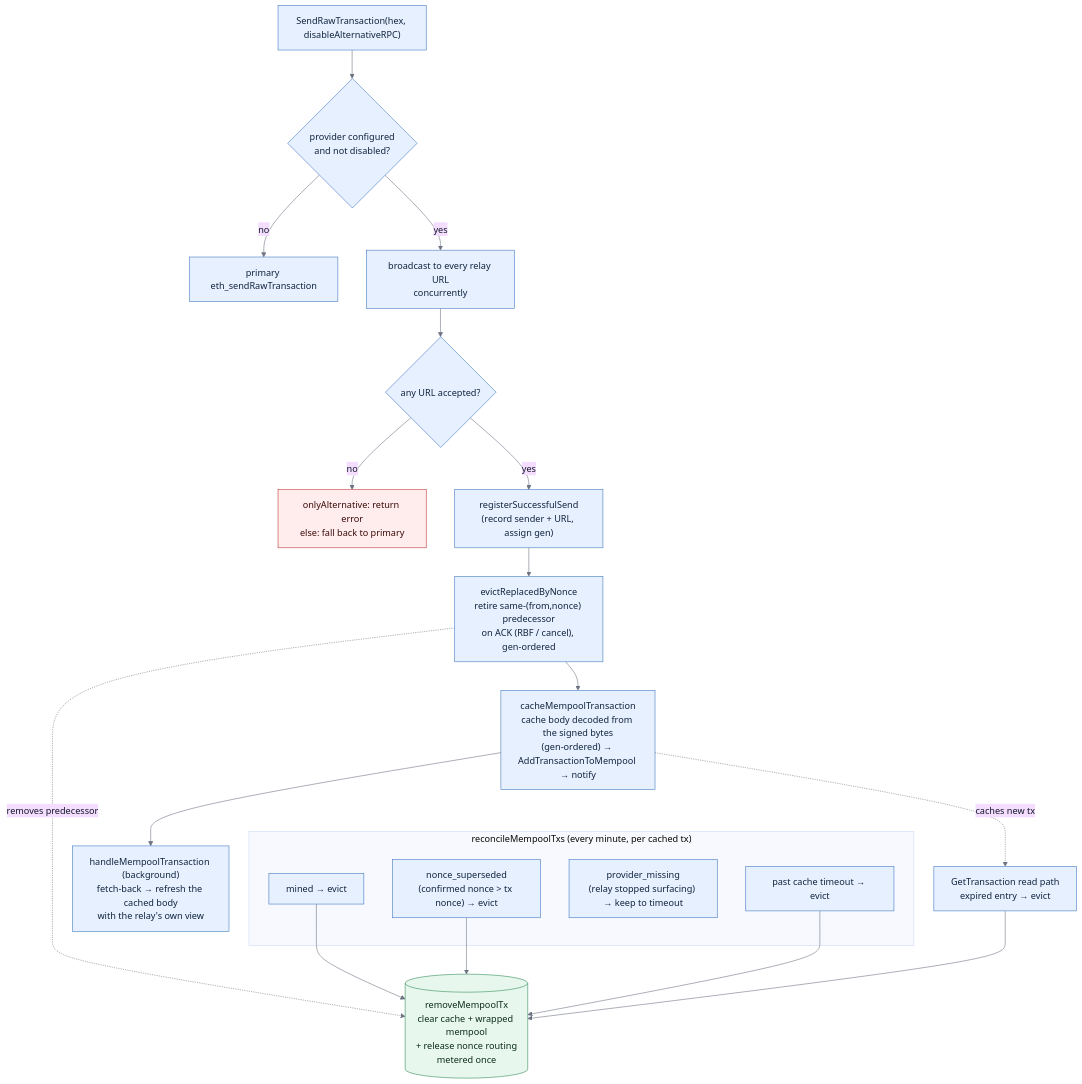
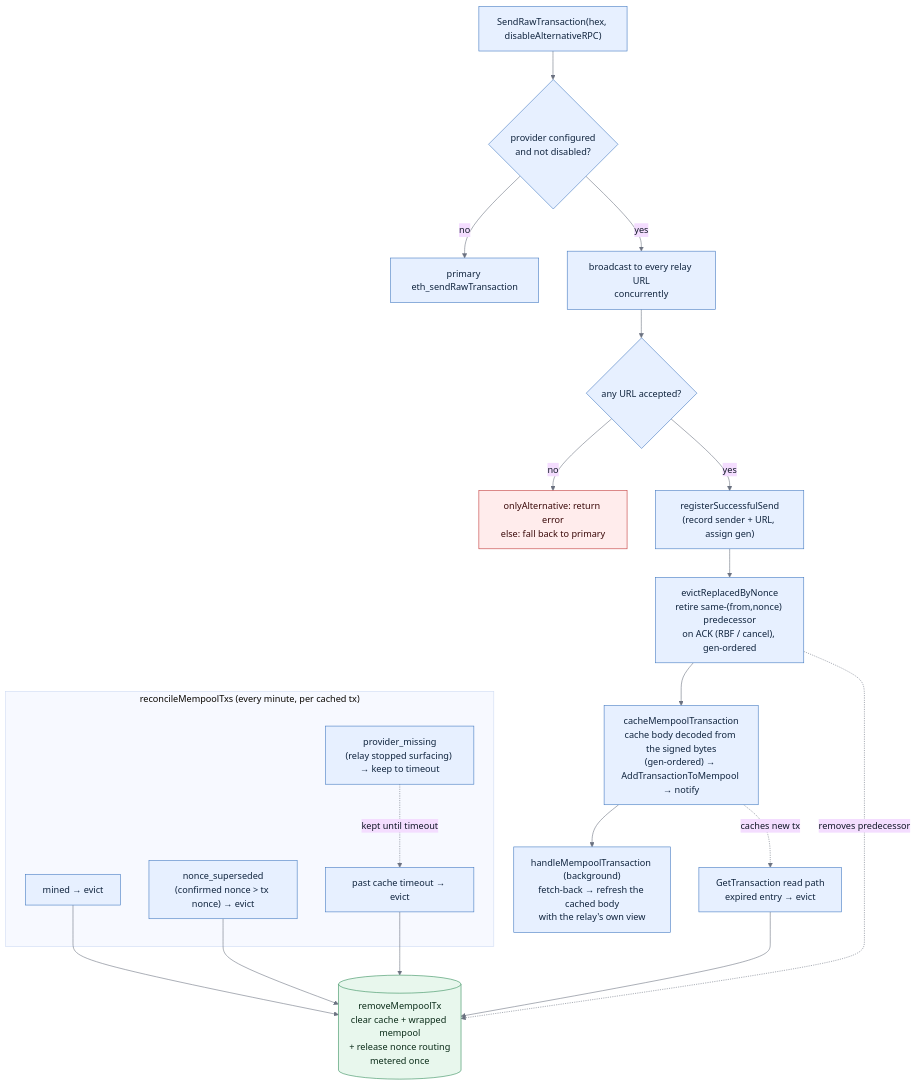
The diagram in docs/evm-send.md (trezor/blockbook), drawn with Mermaid before and after one commit. The commit also changed other lines of this file and 5 other files, not shown here.

````diff
--- a/docs/evm-send.md
+++ b/docs/evm-send.md
@@ -20,43 +20,44 @@
 ```mermaid
 %%{init: {"theme": "base", "themeVariables": {"lineColor": "#6b7280", "primaryTextColor": "#111827"}}}%%
 flowchart TD
     send["SendRawTransaction(hex, disableAlternativeRPC)"]
     route{"provider configured<br/>and not disabled?"}
     primary["primary eth_sendRawTransaction"]
     relay["broadcast to every relay URL<br/>concurrently"]
     acc{"any URL accepted?"}
     reject["onlyAlternative: return error<br/>else: fall back to primary"]
     reg["registerSuccessfulSend<br/>(record sender + URL, assign gen)"]
     evict["evictReplacedByNonce<br/>retire same-(from,nonce) predecessor<br/>on ACK (RBF / cancel), gen-ordered"]
     cache["cacheMempoolTransaction<br/>cache body decoded from the signed bytes<br/>(gen-ordered) → AddTransactionToMempool → notify"]
     handle["handleMempoolTransaction (background)<br/>fetch-back → refresh the cached body<br/>with the relay's own view"]
 
     subgraph rec ["reconcileMempoolTxs (every minute, per cached tx)"]
         mined["mined → evict"]
         super["nonce_superseded<br/>(confirmed nonce > tx nonce) → evict"]
         miss["provider_missing<br/>(relay stopped surfacing) → keep to timeout"]
         to["past cache timeout → evict"]
     end
 
     readpath["GetTransaction read path<br/>expired entry → evict"]
     remove[("removeMempoolTx<br/>clear cache + wrapped mempool<br/>+ release nonce routing<br/>metered once")]
 
     send --> route
     route -- "no" --> primary
     route -- "yes" --> relay --> acc
     acc -- "no" --> reject
     acc -- "yes" --> reg --> evict --> cache --> handle
     evict -. removes predecessor .-> remove
     cache -. caches new tx .-> readpath
     mined --> remove
     super --> remove
+    miss -. "kept until timeout" .-> to
     to --> remove
     readpath --> remove
 
     classDef normal fill:#e7f0ff,stroke:#4078c0,color:#10243e;
     classDef store fill:#e8f7ed,stroke:#2e8b57,color:#0b2c19;
     classDef error fill:#ffecec,stroke:#c03535,color:#3b0a0a;
     class send,route,relay,acc,reg,evict,cache,handle,mined,super,miss,to,readpath,primary normal;
     class remove store;
     class reject error;
 ```
````
